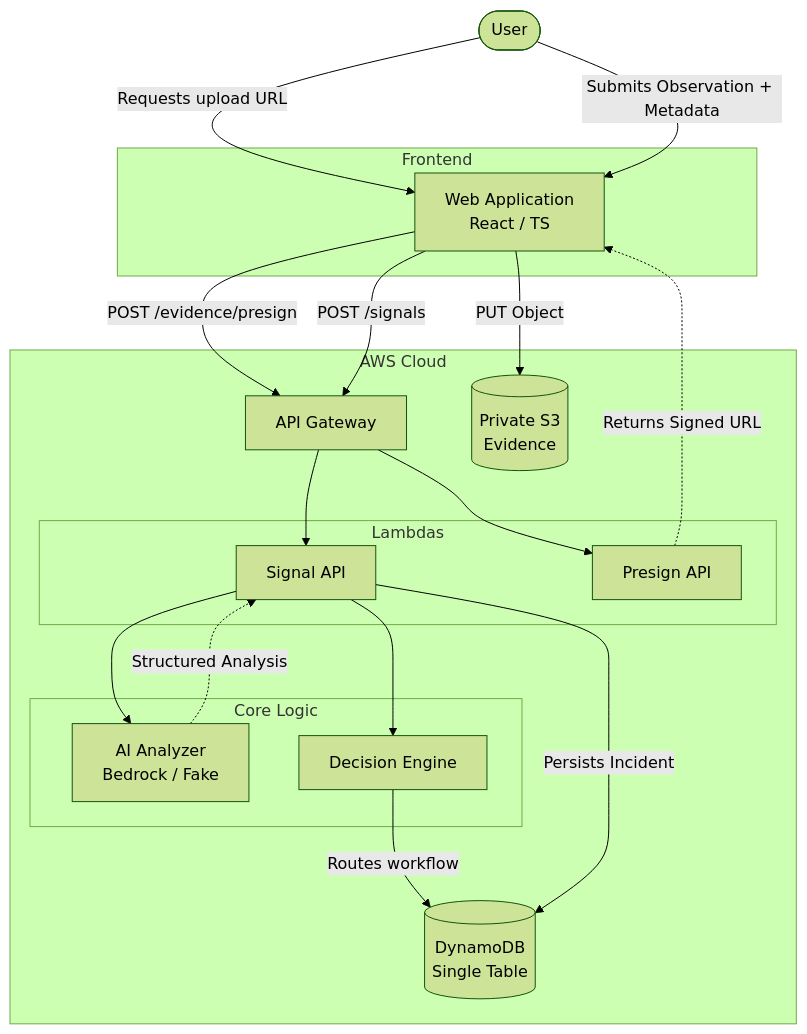
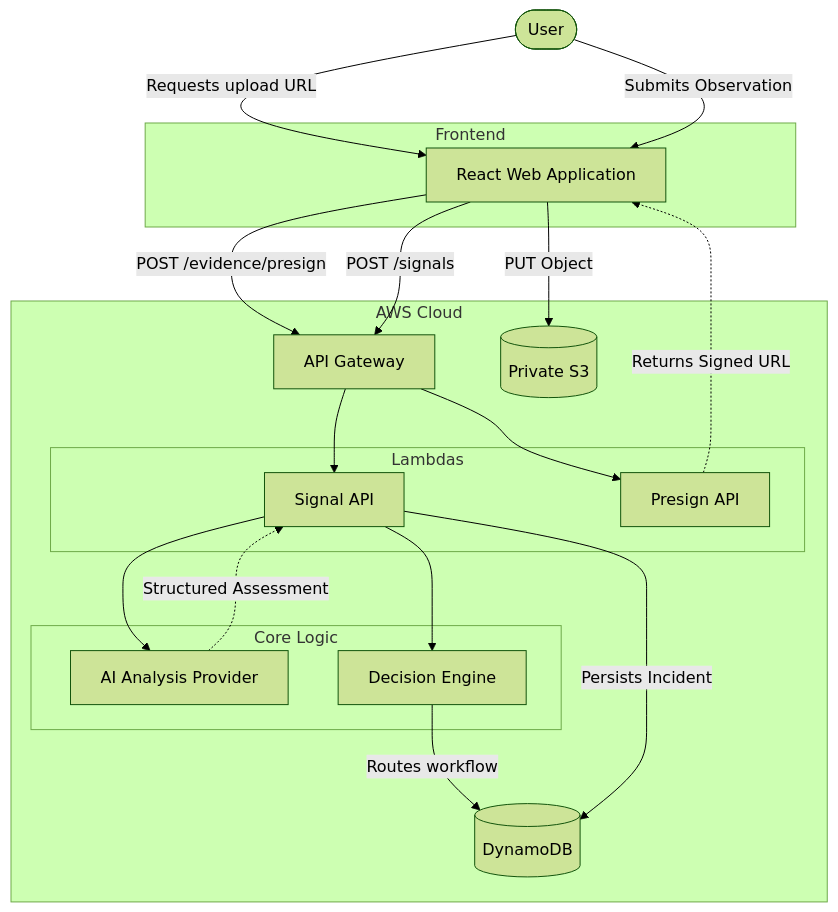
One commit to jackso1328/report-to-me-ai changed the diagram in README.md. Above: the diagram before and after it, drawn with Mermaid (forest theme). The commit also changed other lines of this file, not shown here.

````diff
--- a/README.md
+++ b/README.md
@@ -54,43 +39,43 @@
 ```mermaid
 flowchart TD
     User([User])
     
     subgraph Frontend
-        React[Web Application\nReact / TS]
+        React[React Web Application]
     end
     
     subgraph AWS Cloud
         API[API Gateway]
         
         subgraph Lambdas
             SignalFn[Signal API]
             PresignFn[Presign API]
         end
         
-        S3[(Private S3\nEvidence)]
-        DB[(DynamoDB\nSingle Table)]
+        S3[(Private S3)]
+        DB[(DynamoDB)]
         
         subgraph Core Logic
-            AI[AI Analyzer\nBedrock / Fake]
+            AI[AI Analysis Provider]
             Engine[Decision Engine]
         end
     end
     
-    User -- "Requests upload URL" --> React
-    React -- "POST /evidence/presign" --> API
+    User -- Requests upload URL --> React
+    React -- POST /evidence/presign --> API
     API --> PresignFn
-    PresignFn -. "Returns Signed URL" .-> React
+    PresignFn -. Returns Signed URL .-> React
     
-    React -- "PUT Object" --> S3
+    React -- PUT Object --> S3
     
-    User -- "Submits Observation + Metadata" --> React
-    React -- "POST /signals" --> API
+    User -- Submits Observation --> React
+    React -- POST /signals --> API
     API --> SignalFn
     
     SignalFn --> AI
-    AI -. "Structured Analysis" .-> SignalFn
+    AI -. Structured Assessment .-> SignalFn
     SignalFn --> Engine
     
-    Engine -- "Routes workflow" --> DB
-    SignalFn -- "Persists Incident" --> DB
+    Engine -- Routes workflow --> DB
+    SignalFn -- Persists Incident --> DB
 ```
````
